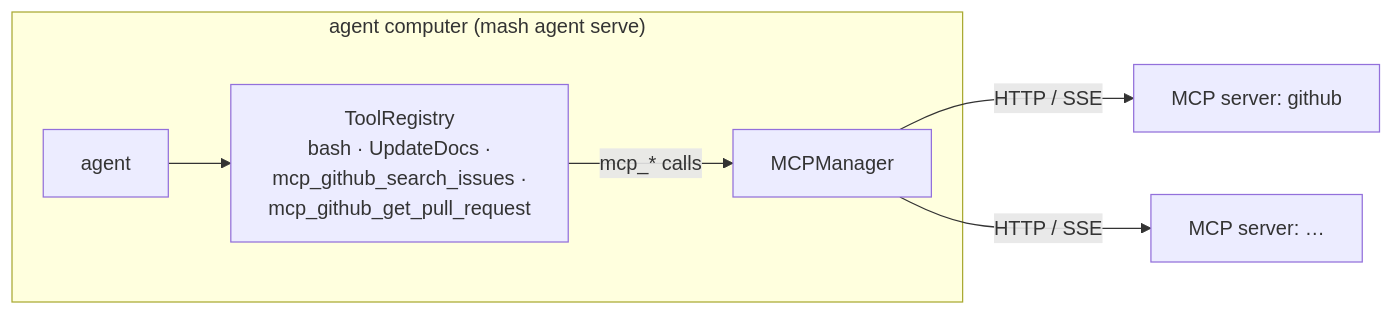
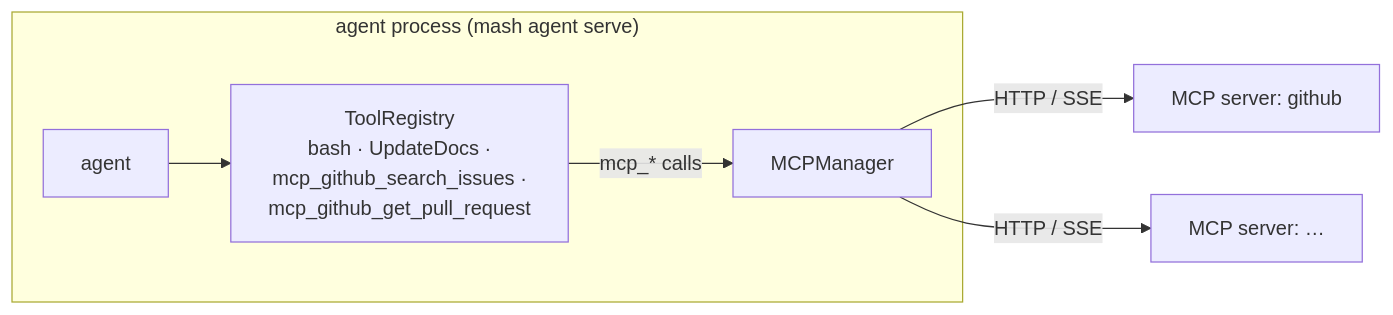
Before and after one commit to imsid/mashpy: the diagram in docs/posts/remote-tools-mcp.md, drawn with Mermaid. The commit also changed other lines of this file and 144 other files, not shown here.

````diff
--- a/docs/posts/remote-tools-mcp.md
+++ b/docs/posts/remote-tools-mcp.md
@@ -50,12 +50,12 @@
 ```mermaid
 flowchart LR
-    subgraph computer ["agent computer (mash agent serve)"]
+    subgraph proc ["agent process (mash agent serve)"]
         A["agent"]
         R["ToolRegistry\nbash · UpdateDocs ·\nmcp_github_search_issues ·\nmcp_github_get_pull_request"]
         M["MCPManager"]
         A --> R
         R -- "mcp_* calls" --> M
     end
     M -- "HTTP / SSE" --> S1["MCP server: github"]
     M -- "HTTP / SSE" --> S2["MCP server: …"]
 ```
````
